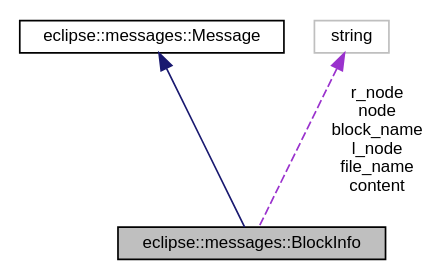
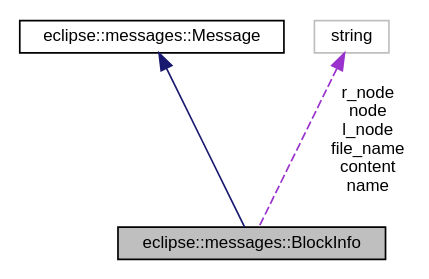
Before and after one commit to DICL/VeloxDFS: the diagram in structeclipse_1_1messages_1_1BlockInfo__coll__graph.dot, drawn with Graphviz. The commit also changed 156 other files, not shown here.

```diff
--- a/structeclipse_1_1messages_1_1BlockInfo__coll__graph.dot
+++ b/structeclipse_1_1messages_1_1BlockInfo__coll__graph.dot
@@ -1,10 +1,10 @@
 digraph G
 {
   edge [fontname="Helvetica",fontsize="10",labelfontname="Helvetica",labelfontsize="10"];
   node [fontname="Helvetica",fontsize="10",shape=record];
   Node1 [label="eclipse::messages::BlockInfo",height=0.2,width=0.4,color="black", fillcolor="grey75", style="filled" fontcolor="black"];
   Node2 -> Node1 [dir="back",color="midnightblue",fontsize="10",style="solid",fontname="Helvetica"];
   Node2 [label="eclipse::messages::Message",height=0.2,width=0.4,color="black", fillcolor="white", style="filled",URL="$structeclipse_1_1messages_1_1Message.html"];
-  Node3 -> Node1 [dir="back",color="darkorchid3",fontsize="10",style="dashed",label=" r_node\nnode\nblock_name\nl_node\nfile_name\ncontent" ,fontname="Helvetica"];
+  Node3 -> Node1 [dir="back",color="darkorchid3",fontsize="10",style="dashed",label=" r_node\nnode\nl_node\nfile_name\ncontent\nname" ,fontname="Helvetica"];
   Node3 [label="string",height=0.2,width=0.4,color="grey75", fillcolor="white", style="filled"];
 }
```
